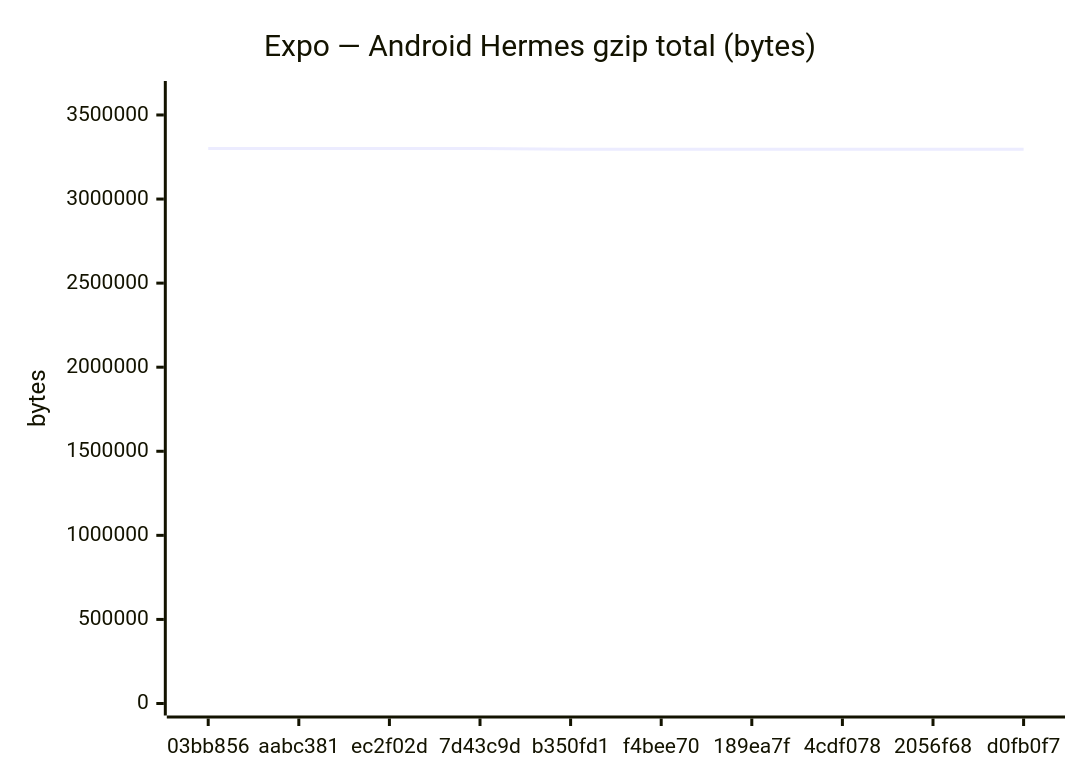
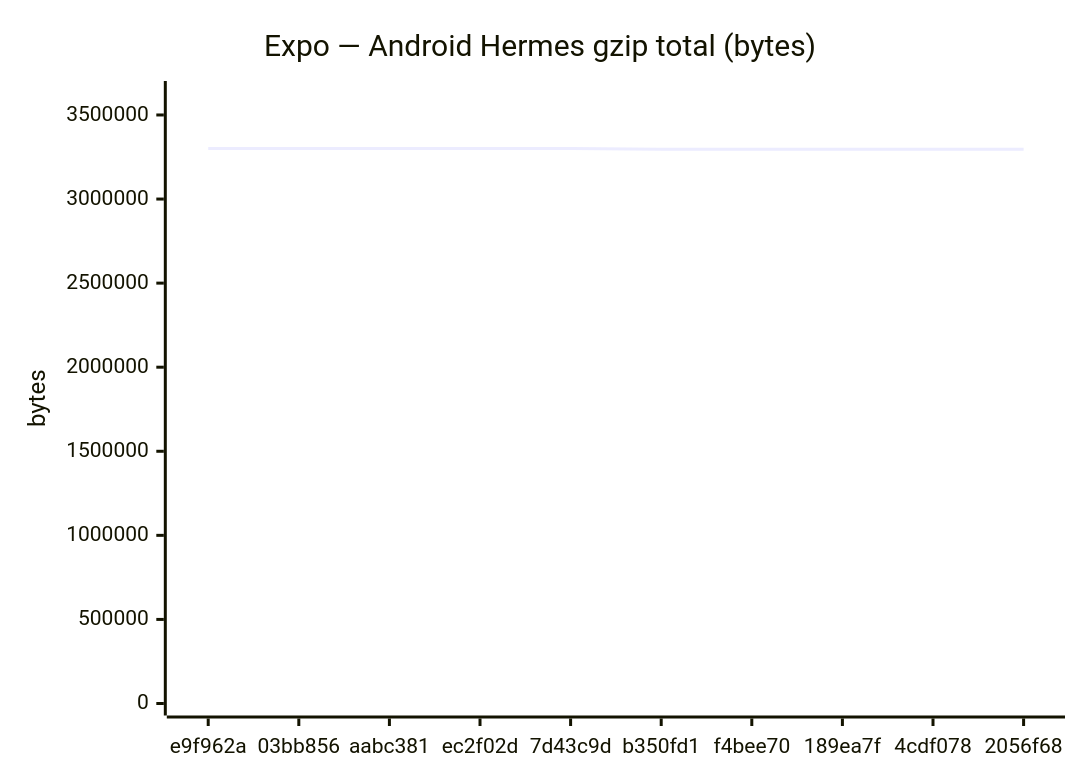
Before and after one commit to Metaheurist/Rianell: the fifth of 18 diagrams in benchmarks/compare.md, drawn with Mermaid. The commit also changed other lines of this file and 11 other files, not shown here.

````diff
--- a/benchmarks/compare.md
+++ b/benchmarks/compare.md
@@ -89,7 +89,7 @@
 ```mermaid
 xychart-beta
     title "Expo — Android Hermes gzip total (bytes)"
-    x-axis ["03bb856", "aabc381", "ec2f02d", "7d43c9d", "b350fd1", "f4bee70", "189ea7f", "4cdf078", "2056f68", "d0fb0f7"]
+    x-axis ["e9f962a", "03bb856", "aabc381", "ec2f02d", "7d43c9d", "b350fd1", "f4bee70", "189ea7f", "4cdf078", "2056f68"]
     y-axis "bytes" 0 --> 3630694
-    line [3300038, 3300630, 3300522, 3299950, 3296025, 3296632, 3296023, 3295973, 3295761, 3295758]
+    line [3300034, 3300038, 3300630, 3300522, 3299950, 3296025, 3296632, 3296023, 3295973, 3295761]
 ```
````
